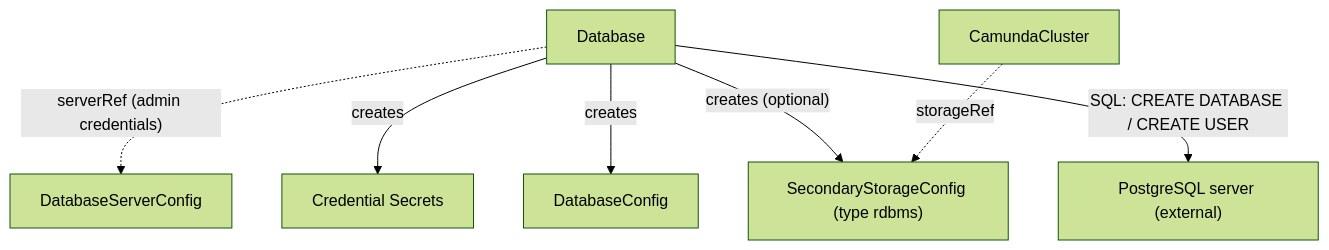
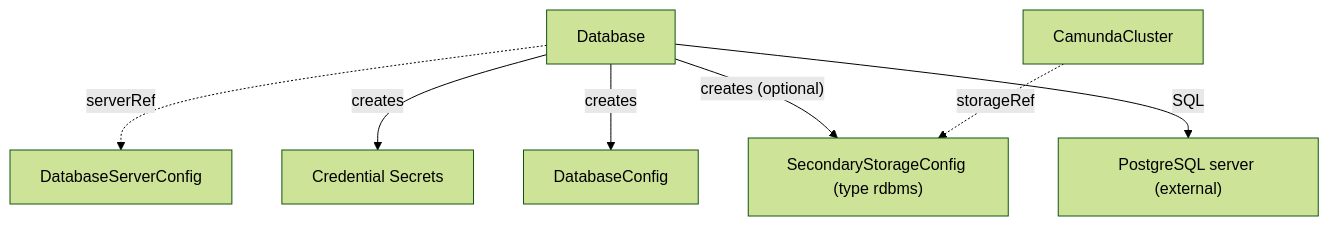
One commit to konsole-is/camunda-operator changed the diagram in docs/crds/database.md. Above: the diagram before and after it, drawn with Mermaid (forest theme). The commit also changed other lines of this file and 30 other files, not shown here.

````diff
--- a/docs/crds/database.md
+++ b/docs/crds/database.md
@@ -32,9 +28,9 @@
 ```mermaid
 graph TD
-    DB[Database] -.->|"serverRef (admin credentials)"| DBSC[DatabaseServerConfig]
+    DB[Database] -.->|serverRef| DBSC[DatabaseServerConfig]
     DB -->|creates| SEC["Credential Secrets"]
     DB -->|creates| DBC[DatabaseConfig]
     DB -->|"creates (optional)"| SSC["SecondaryStorageConfig (type rdbms)"]
-    DB -->|SQL: CREATE DATABASE / CREATE USER| PG["PostgreSQL server (external)"]
+    DB -->|SQL| PG["PostgreSQL server (external)"]
     CC[CamundaCluster] -.->|storageRef| SSC
 ```
````
